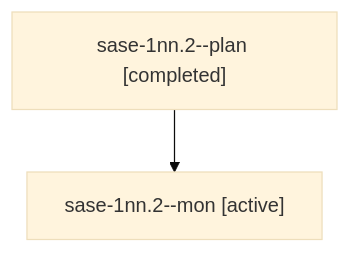
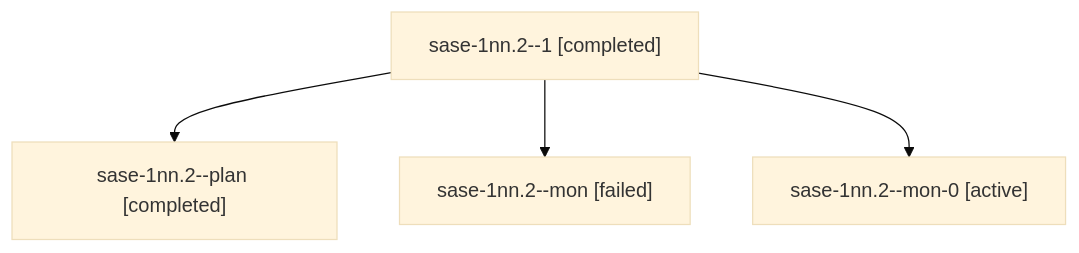
The diagram in sessions/bbugyi200.athena.sase-1nn.2.md (sase-org/sase--agents), drawn with Mermaid (base theme) before and after one commit. The commit also changed other lines of this file and 72 other files, not shown here.

````diff
--- a/sessions/bbugyi200.athena.sase-1nn.2.md
+++ b/sessions/bbugyi200.athena.sase-1nn.2.md
@@ -9,6 +9,10 @@
 ```mermaid
 flowchart TD
-  n0["sase-1nn.2--plan [completed]"]
-  n1["sase-1nn.2--mon [active]"]
+  n0["sase-1nn.2--1 [completed]"]
+  n1["sase-1nn.2--plan [completed]"]
   n0 --> n1
+  n2["sase-1nn.2--mon [failed]"]
+  n0 --> n2
+  n3["sase-1nn.2--mon-0 [active]"]
+  n0 --> n3
 ```
````
